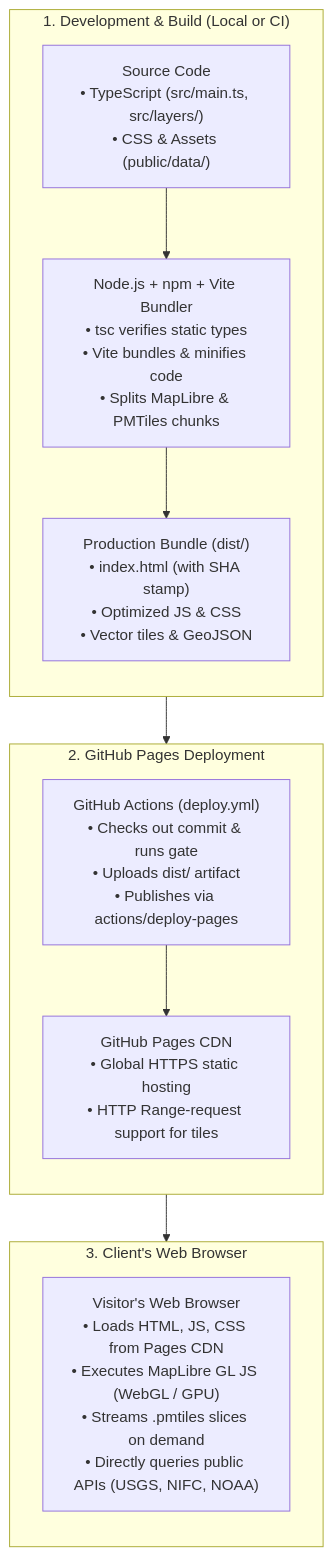
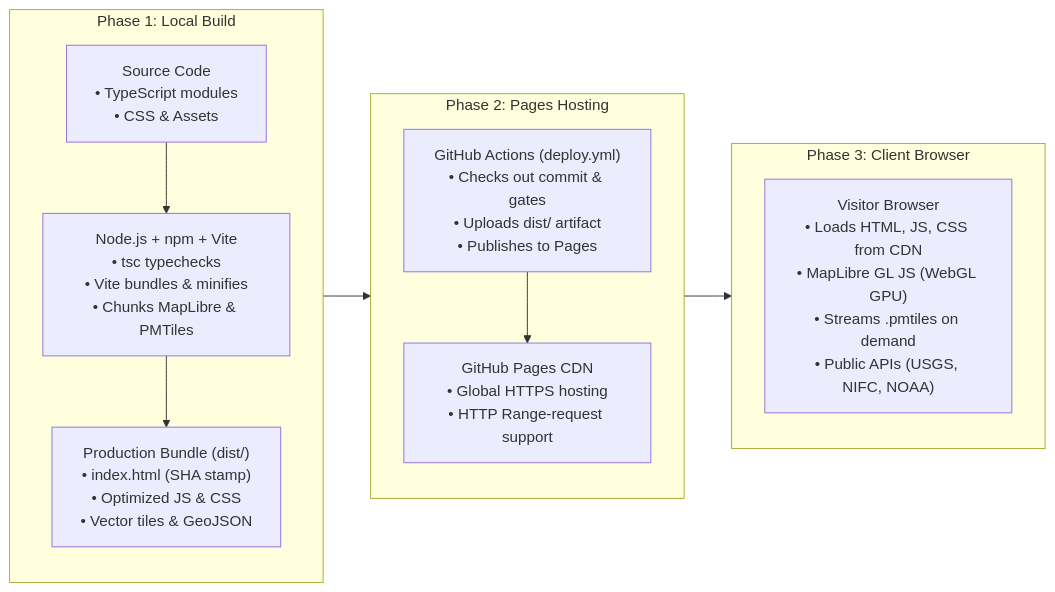
One commit to atniclimate/dynamic-drought-module changed the first of 2 diagrams in EXPLAIN_NPM.qmd. Above: the diagram before and after it, drawn with Mermaid. The commit also changed other lines of this file and 2 other files, not shown here.

Commit message:
update slides, adding CSS file

````diff
--- a/EXPLAIN_NPM.qmd
+++ b/EXPLAIN_NPM.qmd
@@ -57,25 +70,25 @@
-```mermaid
-flowchart TD
-    subgraph Dev["1. Development & Build (Local or CI)"]
+```{mermaid}
+flowchart LR
+    subgraph Dev["Phase 1: Local Build"]
         direction TB
-        Src["Source Code<br/>• TypeScript (src/main.ts, src/layers/)<br/>• CSS & Assets (public/data/)"]
-        BuildEngine["Node.js + npm + Vite Bundler<br/>• tsc verifies static types<br/>• Vite bundles & minifies code<br/>• Splits MapLibre & PMTiles chunks"]
-        Dist["Production Bundle (dist/)<br/>• index.html (with SHA stamp)<br/>• Optimized JS & CSS<br/>• Vector tiles & GeoJSON"]
+        Src["Source Code<br/>• TypeScript modules<br/>• CSS & Assets"]
+        BuildEngine["Node.js + npm + Vite<br/>• tsc typechecks<br/>• Vite bundles & minifies<br/>• Chunks MapLibre & PMTiles"]
+        Dist["Production Bundle (dist/)<br/>• index.html (SHA stamp)<br/>• Optimized JS & CSS<br/>• Vector tiles & GeoJSON"]
         Src --> BuildEngine --> Dist
     end
 
-    subgraph Hosting["2. GitHub Pages Deployment"]
+    subgraph Hosting["Phase 2: Pages Hosting"]
         direction TB
-        GHA["GitHub Actions (deploy.yml)<br/>• Checks out commit & runs gate<br/>• Uploads dist/ artifact<br/>• Publishes via actions/deploy-pages"]
-        CDN["GitHub Pages CDN<br/>• Global HTTPS static hosting<br/>• HTTP Range-request support for tiles"]
+        GHA["GitHub Actions (deploy.yml)<br/>• Checks out commit & gates<br/>• Uploads dist/ artifact<br/>• Publishes to Pages"]
+        CDN["GitHub Pages CDN<br/>• Global HTTPS hosting<br/>• HTTP Range-request support"]
         GHA --> CDN
     end
 
-    subgraph Client["3. Client's Web Browser"]
+    subgraph Client["Phase 3: Client Browser"]
         direction TB
-        Browser["Visitor's Web Browser<br/>• Loads HTML, JS, CSS from Pages CDN<br/>• Executes MapLibre GL JS (WebGL / GPU)<br/>• Streams .pmtiles slices on demand<br/>• Directly queries public APIs (USGS, NIFC, NOAA)"]
+        Browser["Visitor Browser<br/>• Loads HTML, JS, CSS from CDN<br/>• MapLibre GL JS (WebGL GPU)<br/>• Streams .pmtiles on demand<br/>• Public APIs (USGS, NIFC, NOAA)"]
     end
 
     Dist --> GHA
     CDN --> Browser
 ```
````
